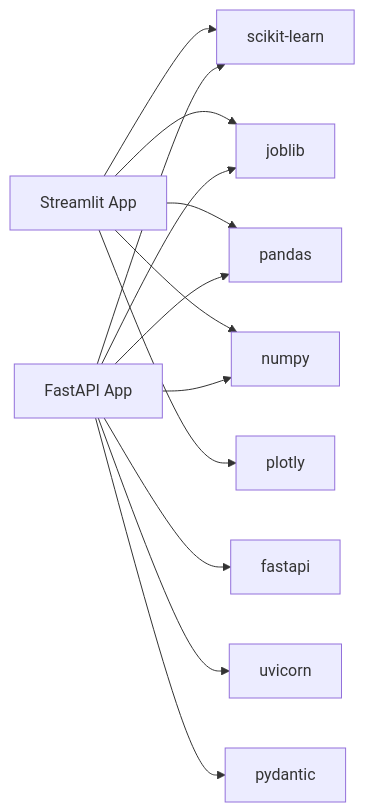
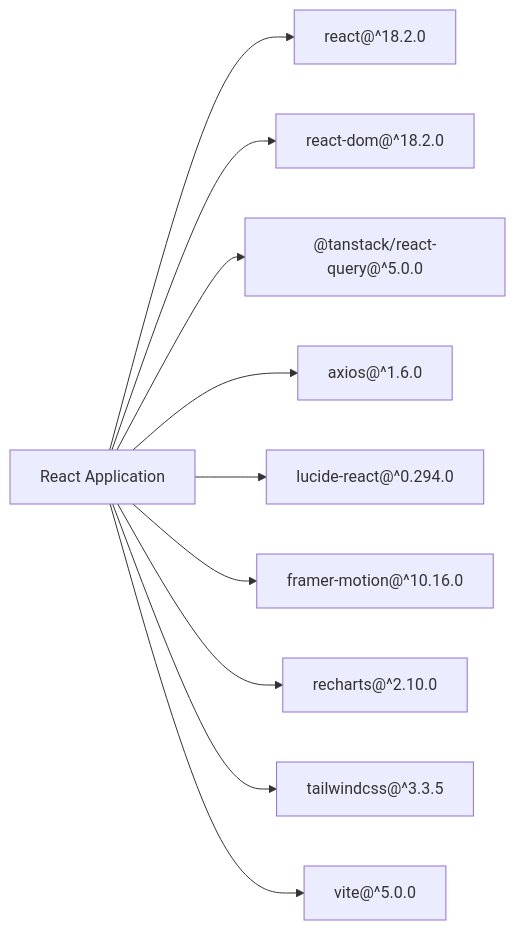
Before and after one commit to tashkirrr/housing-price-prediction: the fifth of 5 diagrams in .qoder/repowiki/en/content/Web Application.md, drawn with Mermaid. The commit also changed other lines of this file and 7 other files, not shown here.

First line of the commit message:
feat(web): replace Streamlit app with React + Vite + TailwindCSS implementation

````diff
--- a/.qoder/repowiki/en/content/Web Application.md
+++ b/.qoder/repowiki/en/content/Web Application.md
@@ -297,15 +285,12 @@
 ```mermaid
 graph LR
-SA["Streamlit App"] --> SK["scikit-learn"]
-SA --> JB["joblib"]
-SA --> PD["pandas"]
-SA --> NP["numpy"]
-SA --> PL["plotly"]
-API["FastAPI App"] --> SK
-API --> JB
-API --> PD
-API --> NP
-API --> FA["fastapi"]
-API --> UV["uvicorn"]
-API --> PY["pydantic"]
+ReactApp["React Application"] --> React["react@^18.2.0"]
+ReactApp --> ReactDOM["react-dom@^18.2.0"]
+ReactApp --> ReactQuery["@tanstack/react-query@^5.0.0"]
+ReactApp --> Axios["axios@^1.6.0"]
+ReactApp --> Lucide["lucide-react@^0.294.0"]
+ReactApp --> Motion["framer-motion@^10.16.0"]
+ReactApp --> Charts["recharts@^2.10.0"]
+ReactApp --> Tailwind["tailwindcss@^3.3.5"]
+ReactApp --> Vite["vite@^5.0.0"]
 ```
````
